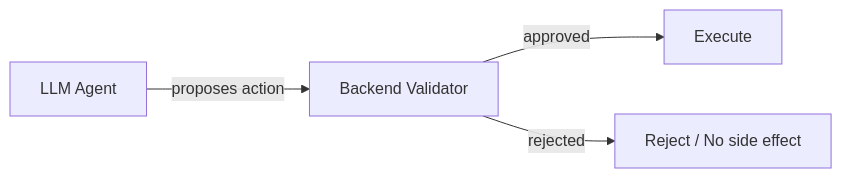
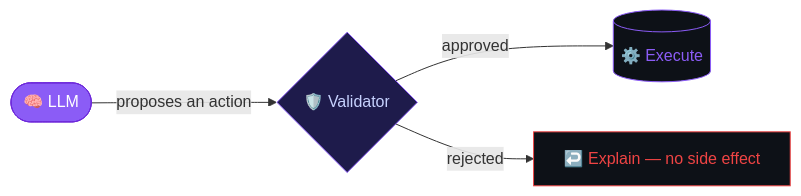
Before and after one commit to MuhammadBilal561/MuhammadBilal561: the first of 3 diagrams in README.md, drawn with Mermaid. The commit also changed other lines of this file, not shown here.

````diff
--- a/README.md
+++ b/README.md
@@ -20,11 +20,11 @@
 ```mermaid
 flowchart LR
-    A[LLM Agent] -->|proposes action| B[Backend Validator]
-    B -->|approved| C[Execute]
-    B -->|rejected| D[Reject / No side effect]
+    A(["🧠 LLM"]):::model -->|proposes an action| B{"🛡️ Validator"}:::validator
+    B -->|approved| C[("⚙️ Execute")]:::go
+    B -->|rejected| D["↩️ Explain — no side effect"]:::stop
 
-    classDef model fill:#8B5CF6,stroke:#6D28D9,color:#fff,font-weight:bold;
-    classDef validator fill:#1E1B4B,stroke:#8B5CF6,color:#C7D2FE,font-weight:bold;
-    classDef go fill:#0D1117,stroke:#10B981,color:#10B981,stroke-width:2px;
-    classDef stop fill:#0D1117,stroke:#EF4444,color:#EF4444,stroke-width:2px;
+    classDef model fill:#8B5CF6,stroke:#6D28D9,color:#fff
+    classDef validator fill:#1E1B4B,stroke:#8B5CF6,color:#C7D2FE
+    classDef go fill:#0D1117,stroke:#8B5CF6,color:#8B5CF6
+    classDef stop fill:#0D1117,stroke:#EF4444,color:#EF4444
 ```
````
